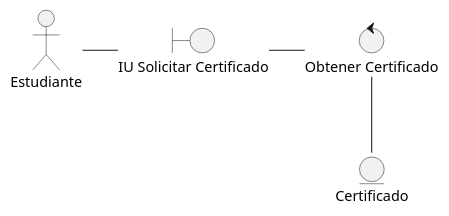
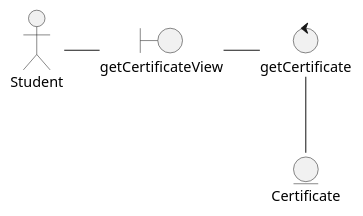
Before and after one commit to MiguelCiav/Uhuru: the diagram in docs/logicalView/analisysView/classAnalisys/clase_analisis_CU3.plantuml, drawn with PlantUML. The commit also changed 23 other files, not shown here.

Commit message:
Correción de diagrama de casos de análisis

```diff
--- a/docs/logicalView/analisysView/classAnalisys/clase_analisis_CU3.plantuml
+++ b/docs/logicalView/analisysView/classAnalisys/clase_analisis_CU3.plantuml
@@ -1,12 +1,12 @@
 @startuml clase_analisis 
 
-actor Estudiante
-boundary "IU Solicitar Certificado" as solicitar_certificado
-control "Obtener Certificado" as controlador 
-entity Certificado 
+actor Student as Estudiante
+boundary "getCertificateView" as solicitar_certificado
+control "getCertificate" as controlador 
+entity Certificate as Certificado
 
 Estudiante -r- solicitar_certificado
 solicitar_certificado -r- controlador
 controlador -- Certificado
 
 @enduml
```
